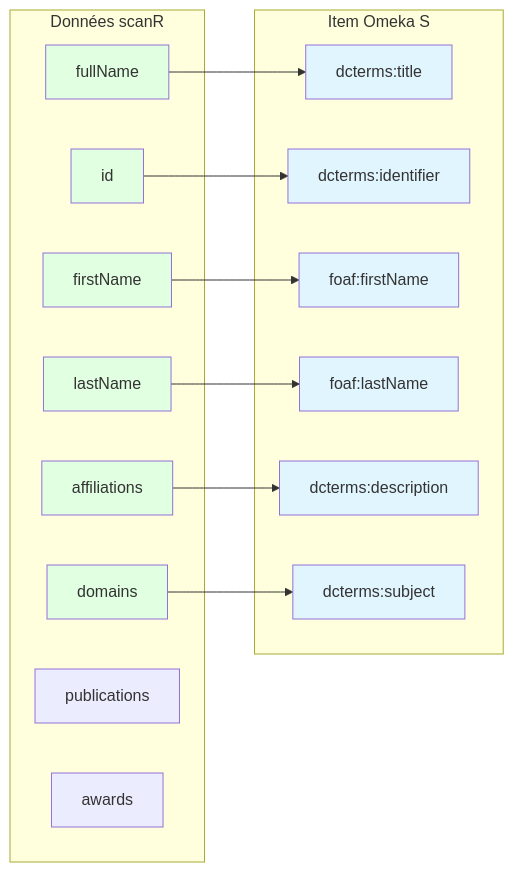
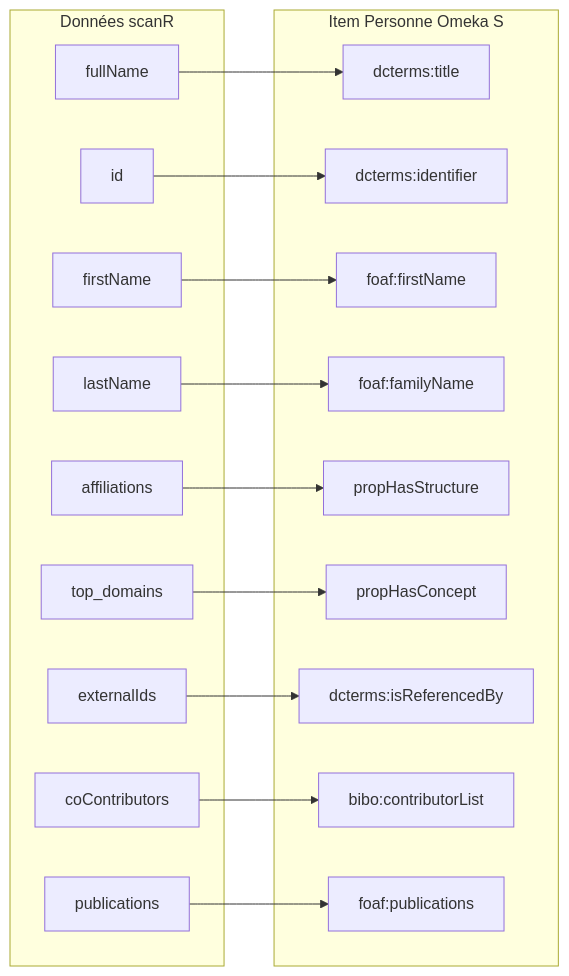
One commit to samszo/Omeka-S-module-Scanr changed the third of 3 diagrams in README.md. Above: the diagram before and after it, drawn with Mermaid. The commit also changed other lines of this file, not shown here.

````diff
--- a/README.md
+++ b/README.md
@@ -141,42 +225,36 @@
 ```mermaid
 graph LR
     subgraph "Données scanR"
         ScanrID[id]
         ScanrFullName[fullName]
         ScanrFirstName[firstName]
         ScanrLastName[lastName]
         ScanrAffiliations[affiliations]
-        ScanrDomains[domains]
-        ScanrPublications[publications]
-        ScanrAwards[awards]
+        ScanrDomains[top_domains]
+        ScanrExtIds[externalIds]
+        ScanrCoCo[coContributors]
+        ScanrPubli[publications]
     end
-    
-    subgraph "Item Omeka S"
+
+    subgraph "Item Personne Omeka S"
         Title[dcterms:title]
         ID[dcterms:identifier]
         FirstName[foaf:firstName]
-        LastName[foaf:lastName]
-        Desc[dcterms:description]
-        Subject[dcterms:subject]
+        LastName[foaf:familyName]
+        Structure[propHasStructure]
+        Concept[propHasConcept]
+        ExtRef[dcterms:isReferencedBy]
+        CoContrib[bibo:contributorList]
+        Publi[foaf:publications]
     end
-    
+
     ScanrFullName --> Title
     ScanrID --> ID
     ScanrFirstName --> FirstName
     ScanrLastName --> LastName
-    ScanrAffiliations --> Desc
-    ScanrDomains --> Subject
-    
-    style ScanrID fill:#e1ffe1
-    style ScanrFullName fill:#e1ffe1
-    style ScanrFirstName fill:#e1ffe1
-    style ScanrLastName fill:#e1ffe1
-    style ScanrAffiliations fill:#e1ffe1
-    style ScanrDomains fill:#e1ffe1
-    style Title fill:#e1f5ff
-    style ID fill:#e1f5ff
-    style FirstName fill:#e1f5ff
-    style LastName fill:#e1f5ff
-    style Desc fill:#e1f5ff
-    style Subject fill:#e1f5ff
+    ScanrAffiliations --> Structure
+    ScanrDomains --> Concept
+    ScanrExtIds --> ExtRef
+    ScanrCoCo --> CoContrib
+    ScanrPubli --> Publi
 ```
````
